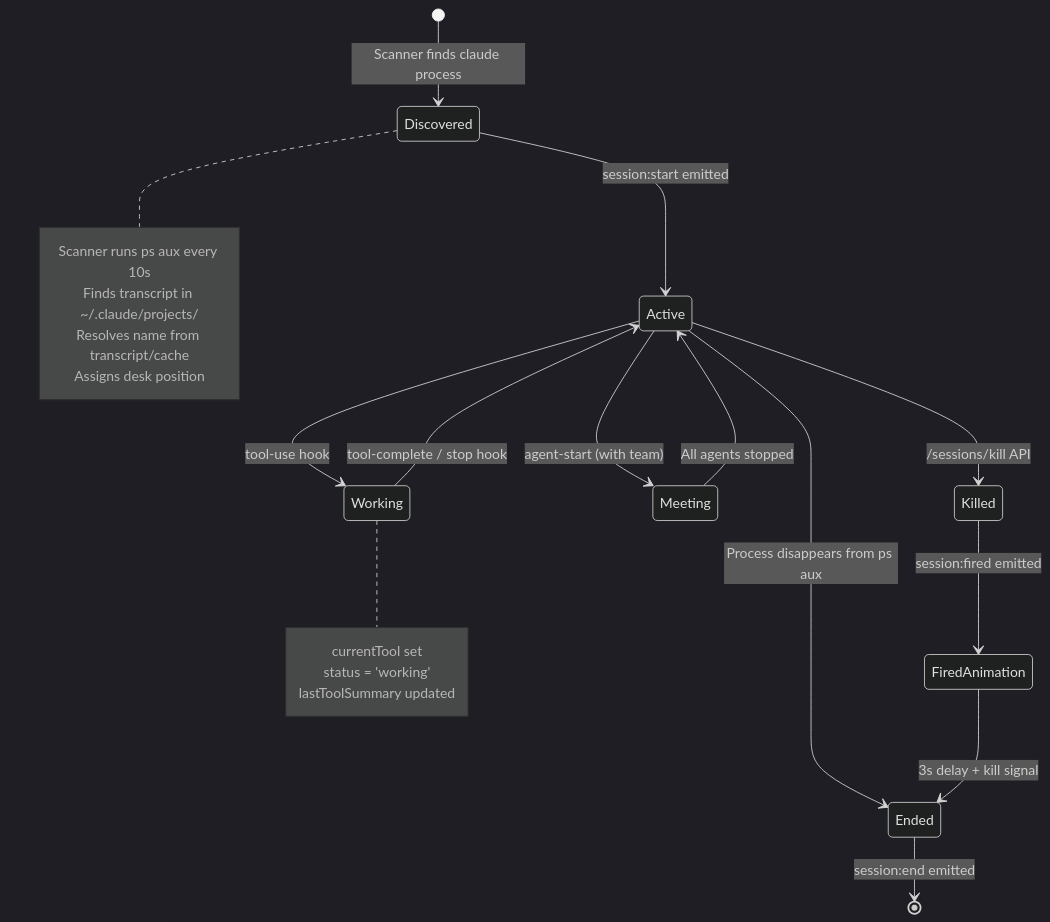
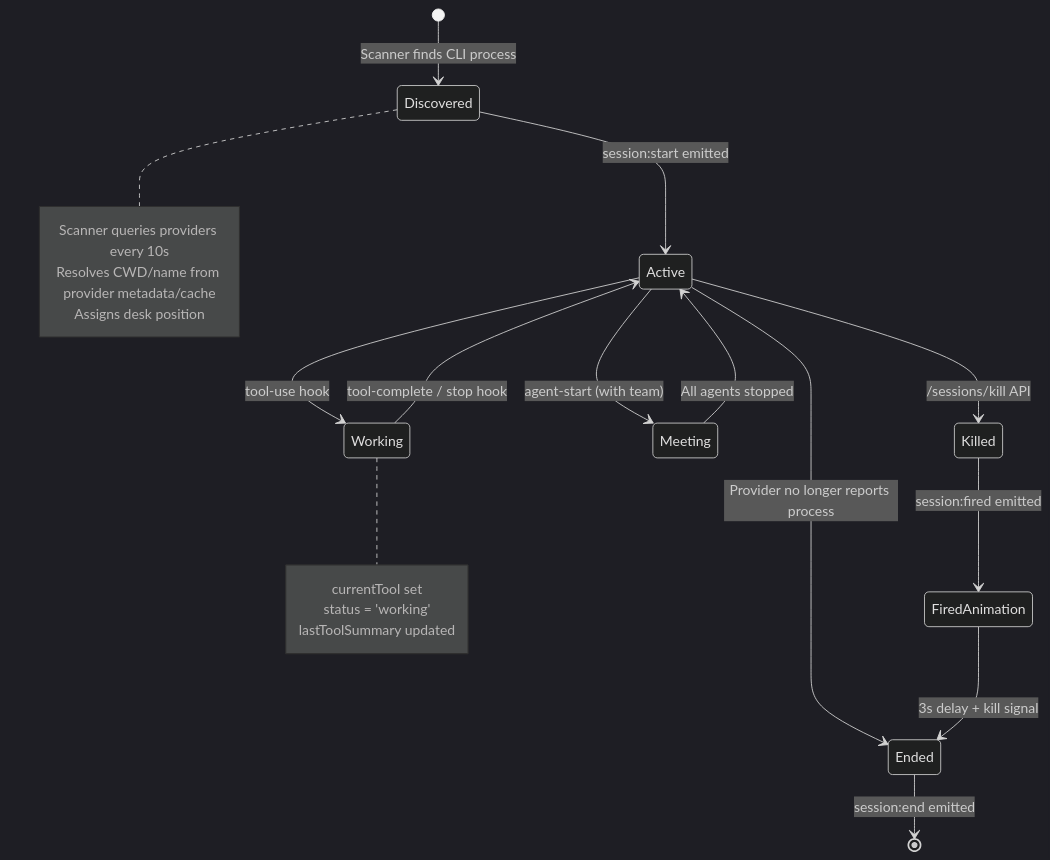
The sixth of 8 diagrams in docs/design/backend-server.md (Nahom-Kefelegne/AgentMatrix), drawn with Mermaid (dark theme) before and after one commit. The commit also changed other lines of this file and 14 other files, not shown here.

````diff
--- a/docs/design/backend-server.md
+++ b/docs/design/backend-server.md
@@ -544,27 +558,26 @@
 ```mermaid
 stateDiagram-v2
-    [*] --> Discovered: Scanner finds claude process
+    [*] --> Discovered: Scanner finds CLI process
     Discovered --> Active: session:start emitted
     Active --> Working: tool-use hook
     Working --> Active: tool-complete / stop hook
     Active --> Meeting: agent-start (with team)
     Meeting --> Active: All agents stopped
-    Active --> Ended: Process disappears from ps aux
+    Active --> Ended: Provider no longer reports process
     Active --> Killed: /sessions/kill API
     Killed --> FiredAnimation: session:fired emitted
     FiredAnimation --> Ended: 3s delay + kill signal
     Ended --> [*]: session:end emitted
 
     note right of Discovered
-        Scanner runs ps aux every 10s
-        Finds transcript in ~/.claude/projects/
-        Resolves name from transcript/cache
+        Scanner queries providers every 10s
+        Resolves CWD/name from provider metadata/cache
         Assigns desk position
     end note
 
     note right of Working
         currentTool set
         status = 'working'
         lastToolSummary updated
     end note
 ```
````
